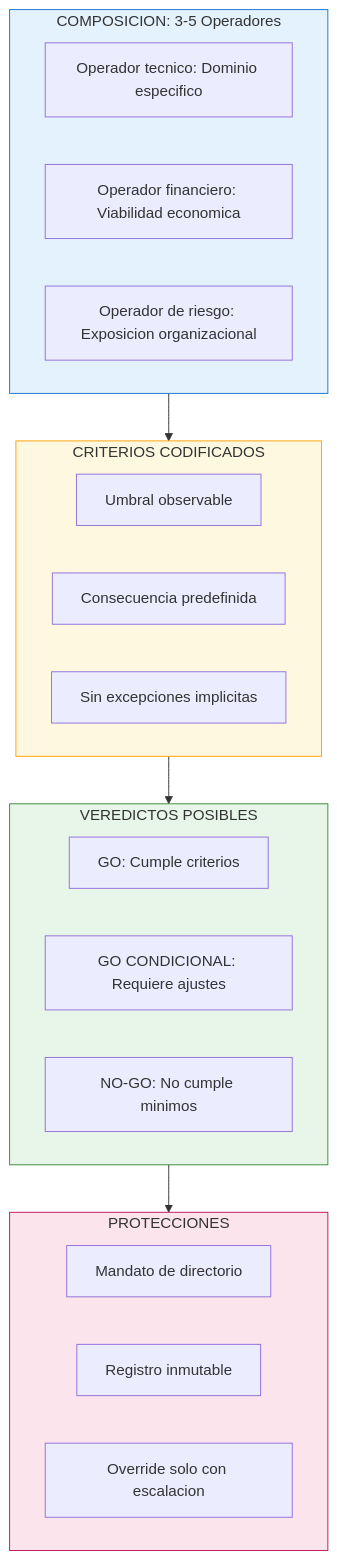
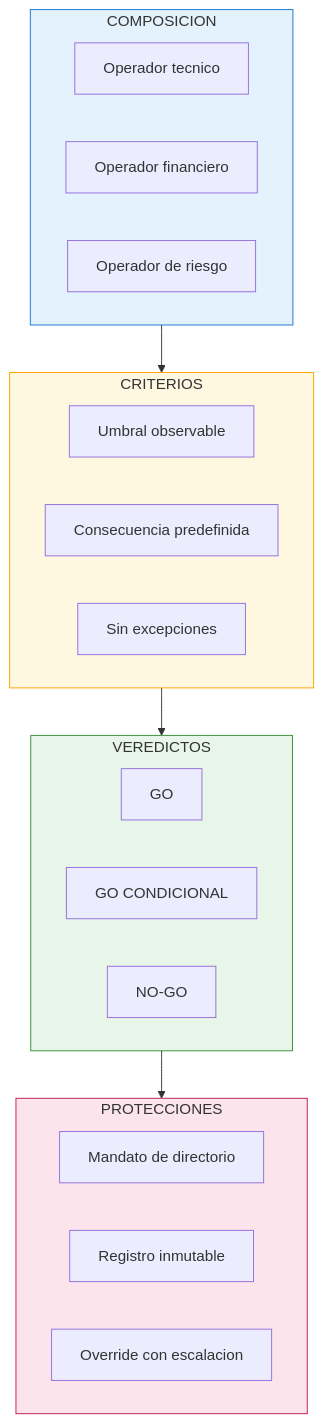
The diagram in assets/diagrams/B55-estructura-gate.mermaid (gonzalezulises/mas-control-mas-caos), drawn with Mermaid before and after one commit. The commit also changed 4 other files, not shown here.

First line of the commit message:
Shorten diagram titles to prevent cutoff

```diff
--- a/assets/diagrams/B55-estructura-gate.mermaid
+++ b/assets/diagrams/B55-estructura-gate.mermaid
@@ -1,34 +1,34 @@
 %%{init: {'flowchart': {'curve': 'basis'}}}%%
 flowchart TB
-    subgraph COMP["COMPOSICION: 3-5 Operadores"]
-        OP1["Operador tecnico: Dominio especifico"]
-        OP2["Operador financiero: Viabilidad economica"]
-        OP3["Operador de riesgo: Exposicion organizacional"]
+    subgraph COMP["COMPOSICION"]
+        OP1["Operador tecnico"]
+        OP2["Operador financiero"]
+        OP3["Operador de riesgo"]
     end
 
-    subgraph CRIT["CRITERIOS CODIFICADOS"]
+    subgraph CRIT["CRITERIOS"]
         C1["Umbral observable"]
         C2["Consecuencia predefinida"]
-        C3["Sin excepciones implicitas"]
+        C3["Sin excepciones"]
     end
 
-    subgraph VERD["VEREDICTOS POSIBLES"]
-        V1["GO: Cumple criterios"]
-        V2["GO CONDICIONAL: Requiere ajustes"]
-        V3["NO-GO: No cumple minimos"]
+    subgraph VERD["VEREDICTOS"]
+        V1["GO"]
+        V2["GO CONDICIONAL"]
+        V3["NO-GO"]
     end
 
     subgraph PROT["PROTECCIONES"]
         P1["Mandato de directorio"]
         P2["Registro inmutable"]
-        P3["Override solo con escalacion"]
+        P3["Override con escalacion"]
     end
 
     COMP --> CRIT
     CRIT --> VERD
     VERD --> PROT
 
     style COMP fill:#e3f2fd,stroke:#1976d2
     style CRIT fill:#fff8e1,stroke:#ffa000
     style VERD fill:#e8f5e9,stroke:#388e3c
     style PROT fill:#fce4ec,stroke:#c2185b
```
